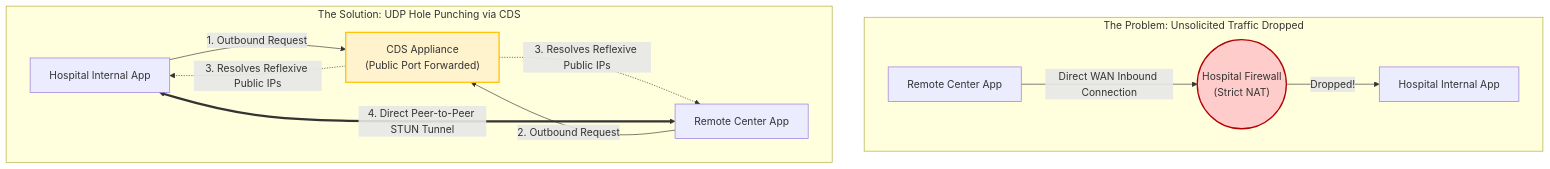
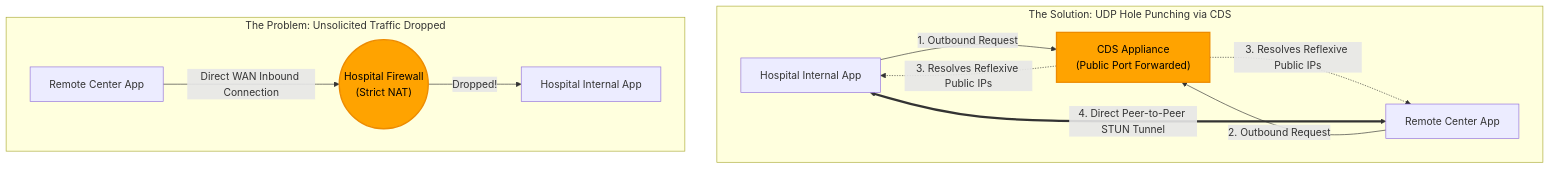
The first of 3 diagrams in examples/3. Real-Time Wan Transport/README.md (ajmhs/connext_appliance), drawn with Mermaid before and after one commit. The commit also changed other lines of this file and 8 other files, not shown here.

````diff
--- a/examples/3. Real-Time Wan Transport/README.md
+++ b/examples/3. Real-Time Wan Transport/README.md
@@ -7,17 +37,17 @@
 ```mermaid
 graph TD
-    subgraph "The Problem: Unsolicited Traffic Dropped"
-        Remote1[Remote Center App] -->|Direct WAN Inbound Connection| FW1(("Hospital Firewall<br>(Strict NAT)"))
-        FW1 -->|Dropped!| Int1[Hospital Internal App]
-        style FW1 fill:#ffcccc,stroke:#b30000,stroke-width:2px
-    end
-
     subgraph "The Solution: UDP Hole Punching via CDS"
         Int2[Hospital Internal App] -->|1. Outbound Request| CDS["CDS Appliance<br>(Public Port Forwarded)"]
         Remote2[Remote Center App] -->|2. Outbound Request| CDS
         CDS -.->|3. Resolves Reflexive Public IPs| Int2
         CDS -.->|3. Resolves Reflexive Public IPs| Remote2
         Int2 <===> |4. Direct Peer-to-Peer STUN Tunnel| Remote2
-        style CDS fill:#fff3cd,stroke:#ffc107,stroke-width:2px
+        style CDS fill:#FFA300,stroke:#ED8B00,stroke-width:2px,color:#000
+    end
+
+    subgraph "The Problem: Unsolicited Traffic Dropped"
+        Remote1[Remote Center App] -->|Direct WAN Inbound Connection| FW1(("Hospital Firewall<br>(Strict NAT)"))
+        FW1 -->|Dropped!| Int1[Hospital Internal App]
+        style FW1 fill:#FFA300,stroke:#ED8B00,stroke-width:2px,color:#000
     end
 ```
````
